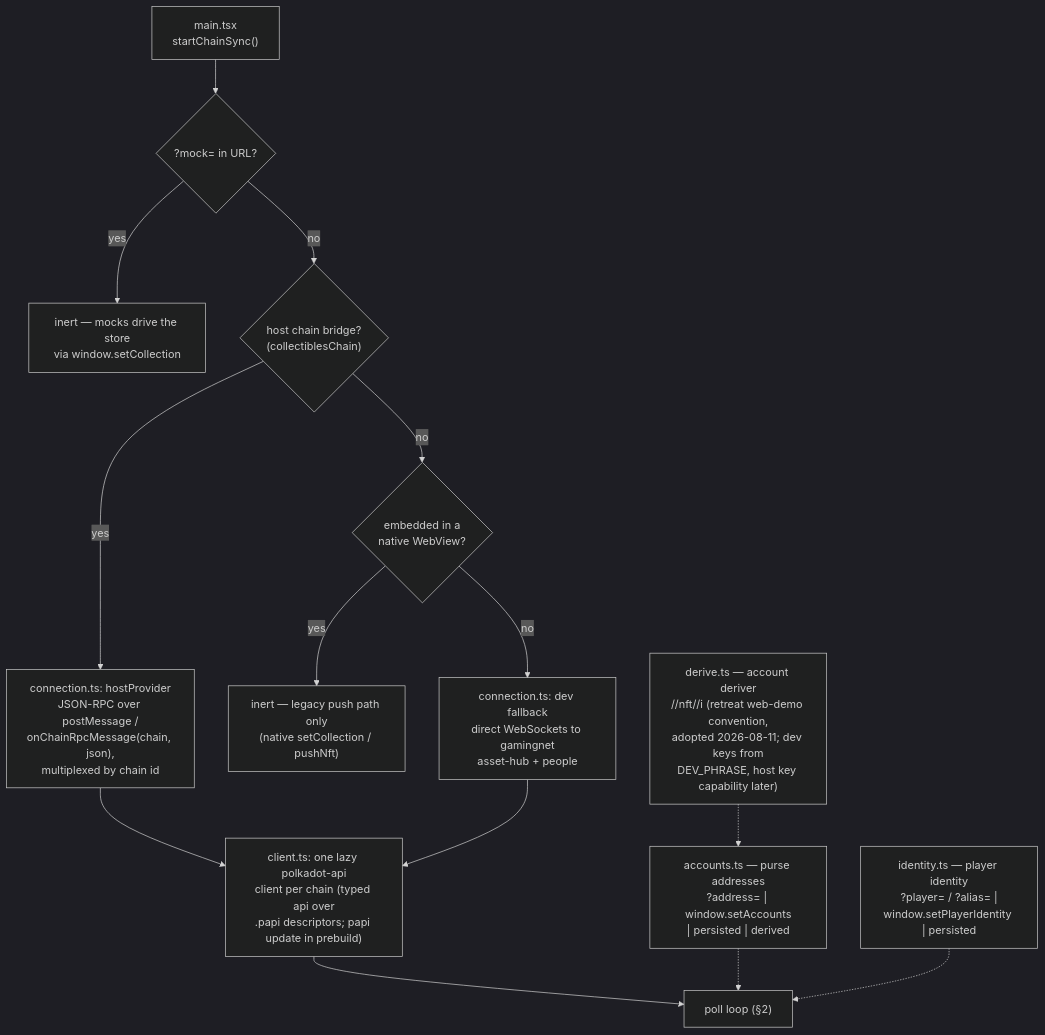
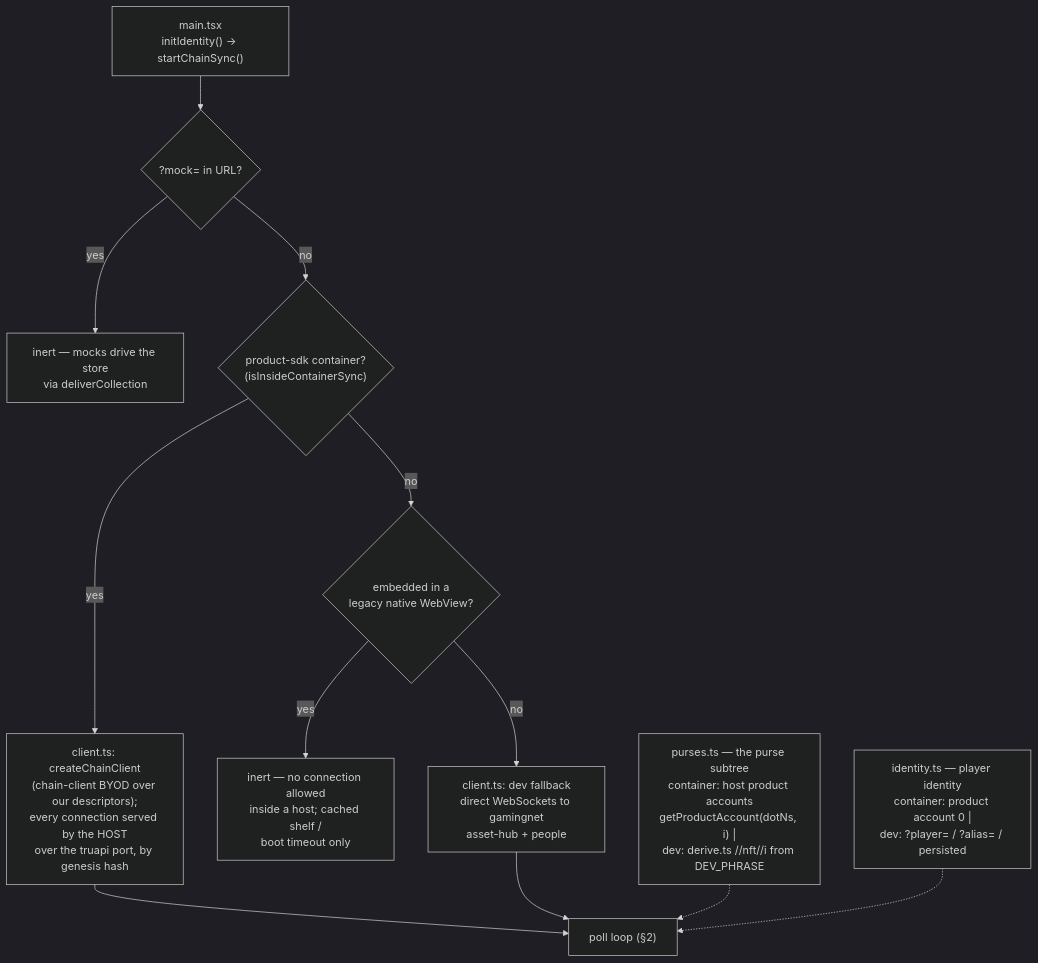
One commit to paritytech/pocket-collectibles-webview changed the first of 2 diagrams in docs/READ_PATH.md. Above: the diagram before and after it, drawn with Mermaid (dark theme). The commit also changed other lines of this file and 28 other files, not shown here.

````diff
--- a/docs/READ_PATH.md
+++ b/docs/READ_PATH.md
@@ -9,17 +9,15 @@
 ```mermaid
 flowchart TD
-    boot["main.tsx<br/>startChainSync()"] --> mock{"?mock= in URL?"}
-    mock -- yes --> inert1["inert — mocks drive the store<br/>via window.setCollection"]
-    mock -- no --> host{"host chain bridge?<br/>(collectiblesChain)"}
-    host -- yes --> hp["connection.ts: hostProvider<br/>JSON-RPC over postMessage /<br/>onChainRpcMessage(chain, json),<br/>multiplexed by chain id"]
-    host -- no --> emb{"embedded in a<br/>native WebView?"}
-    emb -- yes --> inert2["inert — legacy push path only<br/>(native setCollection / pushNft)"]
-    emb -- no --> ws["connection.ts: dev fallback<br/>direct WebSockets to gamingnet<br/>asset-hub + people"]
-    hp --> clients["client.ts: one lazy polkadot-api<br/>client per chain (typed api over<br/>.papi descriptors; papi update in prebuild)"]
-    ws --> clients
-    clients --> loop["poll loop (§2)"]
+    boot["main.tsx<br/>initIdentity() → startChainSync()"] --> mock{"?mock= in URL?"}
+    mock -- yes --> inert1["inert — mocks drive the store<br/>via deliverCollection"]
+    mock -- no --> cont{"product-sdk container?<br/>(isInsideContainerSync)"}
+    cont -- yes --> sdk["client.ts: createChainClient<br/>(chain-client BYOD over our descriptors);<br/>every connection served by the HOST<br/>over the truapi port, by genesis hash"]
+    cont -- no --> emb{"embedded in a<br/>legacy native WebView?"}
+    emb -- yes --> inert2["inert — no connection allowed<br/>inside a host; cached shelf /<br/>boot timeout only"]
+    emb -- no --> ws["client.ts: dev fallback<br/>direct WebSockets to gamingnet<br/>asset-hub + people"]
+    sdk --> loop["poll loop (§2)"]
+    ws --> loop
 
-    accounts["accounts.ts — purse addresses<br/>?address= | window.setAccounts<br/>| persisted | derived"] -.-> loop
-    derive["derive.ts — account deriver<br/>//nft//i (retreat web-demo convention,<br/>adopted 2026-08-11; dev keys from<br/>DEV_PHRASE, host key capability later)"] -.-> accounts
-    identity["identity.ts — player identity<br/>?player= / ?alias= |<br/>window.setPlayerIdentity | persisted"] -.-> loop
+    purses["purses.ts — the purse subtree<br/>container: host product accounts<br/>getProductAccount(dotNs, i) |<br/>dev: derive.ts //nft//i from DEV_PHRASE"] -.-> loop
+    identity["identity.ts — player identity<br/>container: product account 0 |<br/>dev: ?player= / ?alias= / persisted"] -.-> loop
 ```
````
